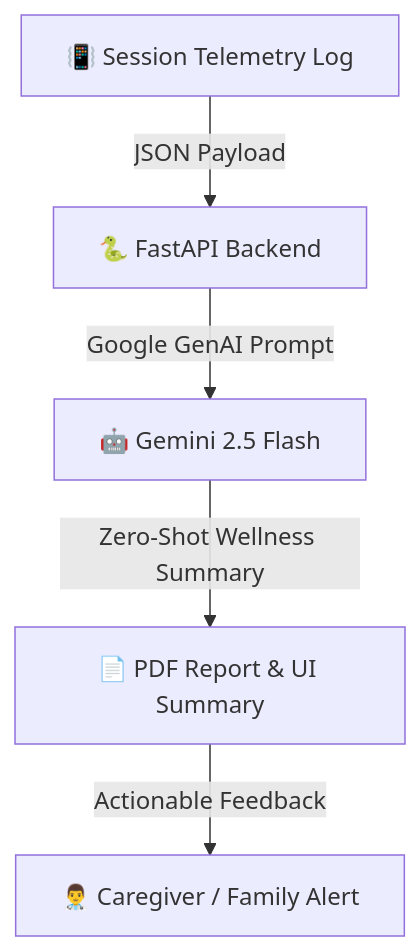
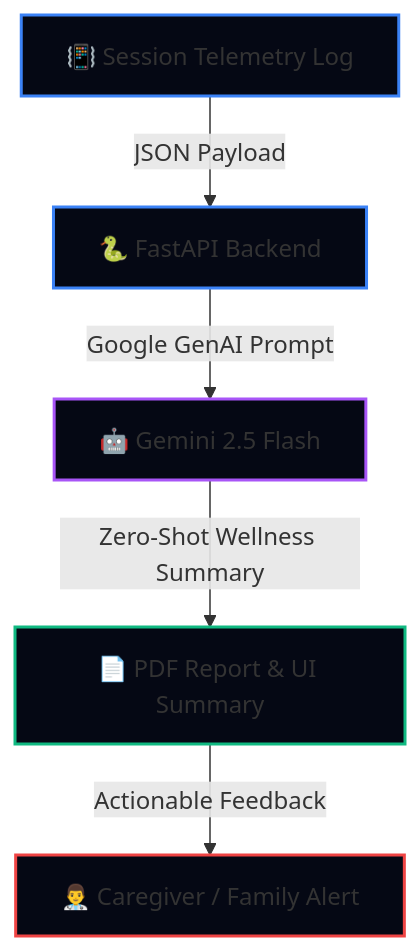
The fourth of 4 diagrams in README.md (developer-gaurang/NuroNode-AI), drawn with Mermaid before and after one commit. The commit also changed other lines of this file and 3 other files, not shown here.

Commit message:
docs: upgrade README with high-fidelity system architecture, animated HUD hero, and roadmap SVGs

````diff
--- a/README.md
+++ b/README.md
@@ -144,7 +138,12 @@
 ```mermaid
 graph TD
     Session[📳 Session Telemetry Log] -->|JSON Payload| FastAPI[🐍 FastAPI Backend]
     FastAPI -->|Google GenAI Prompt| Gemini[🤖 Gemini 2.5 Flash]
     Gemini -->|Zero-Shot Wellness Summary| Report[📄 PDF Report & UI Summary]
     Report -->|Actionable Feedback| Caregiver[👨‍⚕️ Caregiver / Family Alert]
+    style Session fill:#050814,stroke:#3B82F6,stroke-width:2px;
+    style FastAPI fill:#050814,stroke:#3B82F6,stroke-width:2px;
+    style Gemini fill:#050814,stroke:#A855F7,stroke-width:2px;
+    style Report fill:#050814,stroke:#10B981,stroke-width:2px;
+    style Caregiver fill:#050814,stroke:#EF4444,stroke-width:2px;
 ```
````
